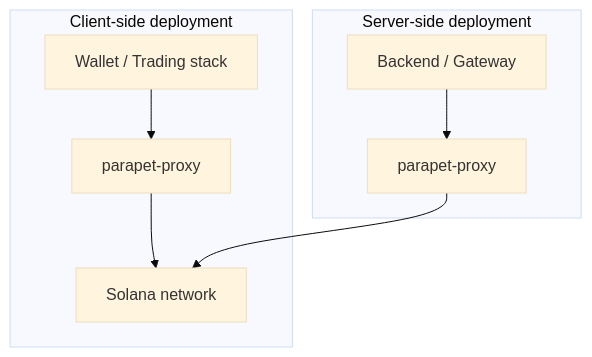
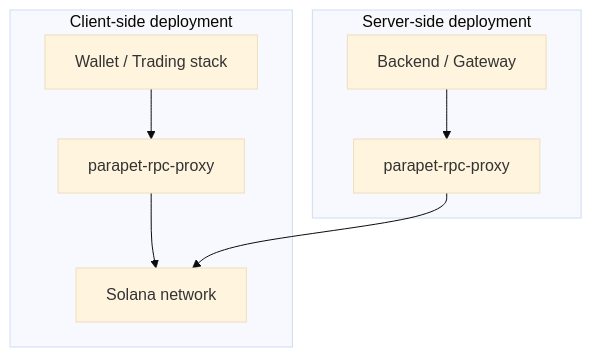
One commit to securecheckio/parapet changed the third of 6 diagrams in docs/ARCHITECTURE.md. Above: the diagram before and after it, drawn with Mermaid (base theme). The commit also changed other lines of this file and 154 other files, not shown here.

First line of the commit message:
Rename parapet-proxy to parapet-rpc-proxy

````diff
--- a/docs/ARCHITECTURE.md
+++ b/docs/ARCHITECTURE.md
@@ -74,11 +74,11 @@
 ```mermaid
 flowchart TB
   subgraph clientSide [Client-side deployment]
-    W[Wallet / Trading stack] --> P1[parapet-proxy]
+    W[Wallet / Trading stack] --> P1[parapet-rpc-proxy]
     P1 --> S[Solana network]
   end
   subgraph serverSide [Server-side deployment]
-    APP[Backend / Gateway] --> P2[parapet-proxy]
+    APP[Backend / Gateway] --> P2[parapet-rpc-proxy]
     P2 --> S
   end
 ```
````
